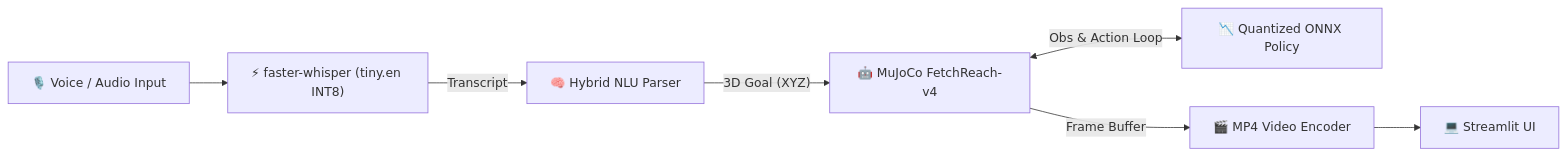
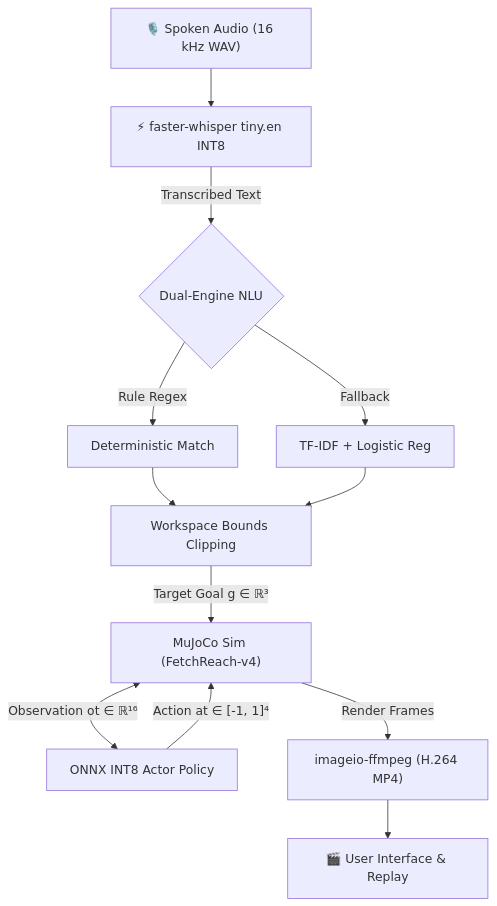
Before and after one commit to Saksham-19-cyber/voice-robot-arm-edge: the diagram in README.md, drawn with Mermaid. The commit also changed other lines of this file and 11 other files, not shown here.

````diff
--- a/README.md
+++ b/README.md
@@ -51,9 +32,14 @@
 ```mermaid
-flowchart LR
-    A["🎙️ Voice / Audio Input"] --> B["⚡ faster-whisper (tiny.en INT8)"]
-    B -->|"Transcript"| C["🧠 Hybrid NLU Parser"]
-    C -->|"3D Goal (XYZ)"| D["🤖 MuJoCo FetchReach-v4"]
-    D <-->|"Obs & Action Loop"| E["📉 Quantized ONNX Policy"]
-    D -->|"Frame Buffer"| F["🎬 MP4 Video Encoder"]
-    F --> G["💻 Streamlit UI"]
+flowchart TD
+    A["🎙️ Spoken Audio (16 kHz WAV)"] --> B["⚡ faster-whisper tiny.en INT8"]
+    B -->|"Transcribed Text"| C{"Dual-Engine NLU"}
+    C -->|"Rule Regex"| D["Deterministic Match"]
+    C -->|"Fallback"| E["TF-IDF + Logistic Reg"]
+    D --> F["Workspace Bounds Clipping"]
+    E --> F
+    F -->|"Target Goal g ∈ ℝ³"| G["MuJoCo Sim (FetchReach-v4)"]
+    G <-->|"Observation ot ∈ ℝ¹⁶"| H["ONNX INT8 Actor Policy"]
+    H -->|"Action at ∈ [-1, 1]⁴"| G
+    G -->|"Render Frames"| I["imageio-ffmpeg (H.264 MP4)"]
+    I --> J["🎬 User Interface & Replay"]
 ```
````
